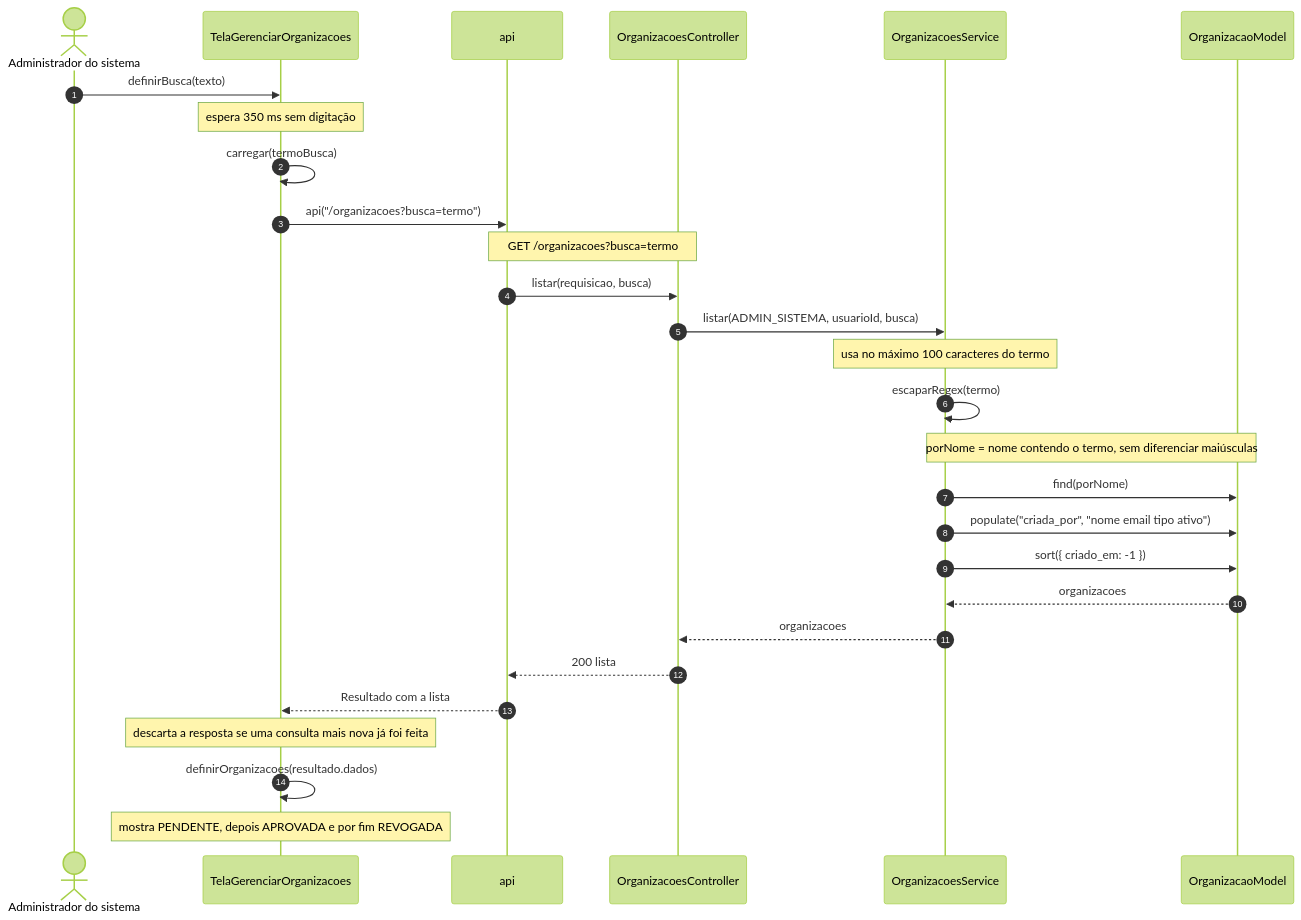
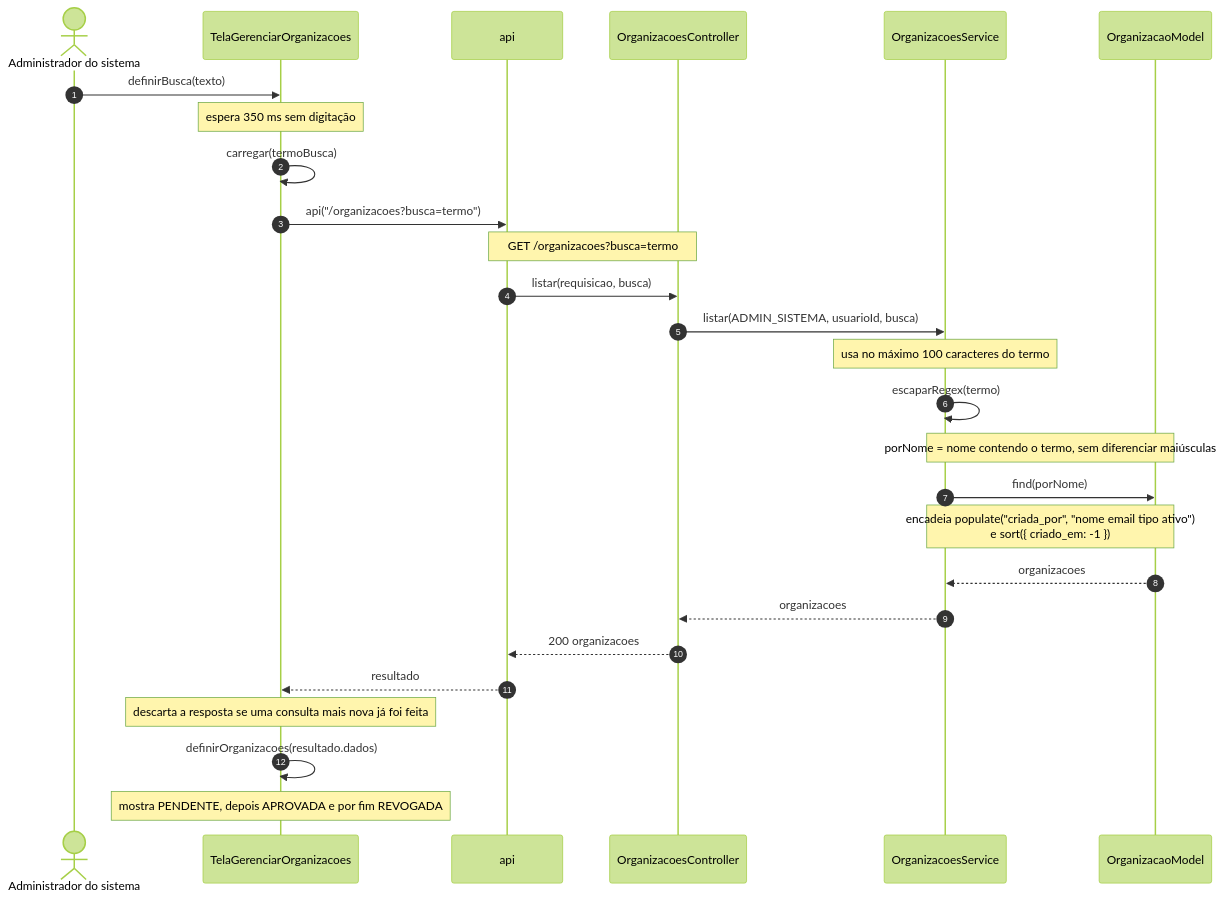
The third of 15 diagrams in 2 - Incremento 1/cadastro-organizacao/6 - diagramas-sequencia-cadastro-organizacao.md (Conecta-IFSP/DOCUMENTATION), drawn with Mermaid (forest theme) before and after one commit. The commit also changed other lines of this file and 97 other files, not shown here.

````diff
--- a/2 - Incremento 1/cadastro-organizacao/6 - diagramas-sequencia-cadastro-organizacao.md
+++ b/2 - Incremento 1/cadastro-organizacao/6 - diagramas-sequencia-cadastro-organizacao.md
@@ -95,30 +98,29 @@
 ```mermaid
 sequenceDiagram
     autonumber
     actor U as Administrador do sistema
     participant T as TelaGerenciarOrganizacoes
     participant A as api
     participant C as OrganizacoesController
     participant S as OrganizacoesService
     participant M as OrganizacaoModel
     U->>T: definirBusca(texto)
     Note over T: espera 350 ms sem digitação
     T->>T: carregar(termoBusca)
     T->>A: api("/organizacoes?busca=termo")
     Note over A,C: GET /organizacoes?busca=termo
     A->>C: listar(requisicao, busca)
     C->>S: listar(ADMIN_SISTEMA, usuarioId, busca)
     Note over S: usa no máximo 100 caracteres do termo
     S->>S: escaparRegex(termo)
     Note over S,M: porNome = nome contendo o termo, sem diferenciar maiúsculas
     S->>M: find(porNome)
-    S->>M: populate("criada_por", "nome email tipo ativo")
-    S->>M: sort({ criado_em: -1 })
+    Note over S,M: encadeia populate("criada_por", "nome email tipo ativo")<br/>e sort({ criado_em: -1 })
     M-->>S: organizacoes
     S-->>C: organizacoes
-    C-->>A: 200 lista
-    A-->>T: Resultado com a lista
+    C-->>A: 200 organizacoes
+    A-->>T: resultado
     Note over T: descarta a resposta se uma consulta mais nova já foi feita
     T->>T: definirOrganizacoes(resultado.dados)
     Note over T: mostra PENDENTE, depois APROVADA e por fim REVOGADA
 ```
````
